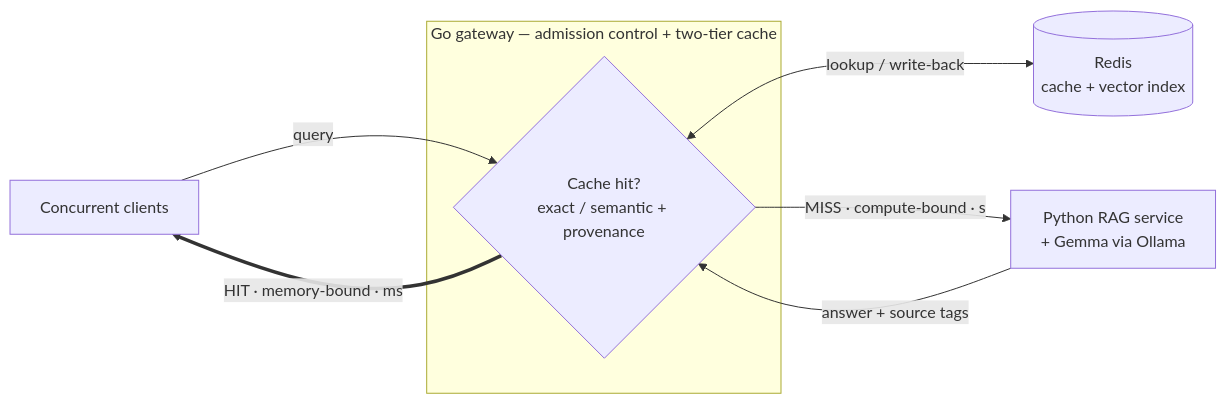
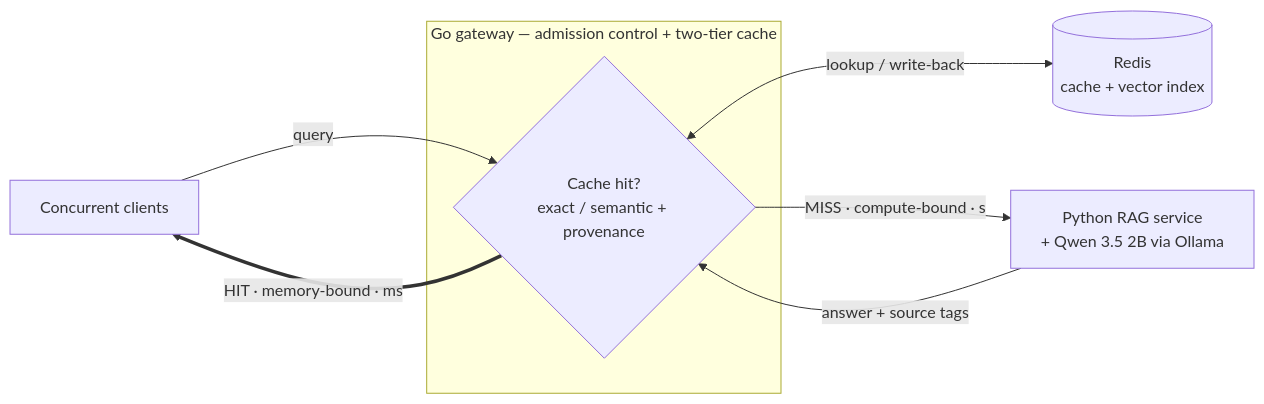
Before and after one commit to hungCS22hcmiu/Scalable-QnA-Product-Specifications-and-Policies: the diagram in README.md, drawn with Mermaid. The commit also changed other lines of this file and 57 other files, not shown here.

````diff
--- a/README.md
+++ b/README.md
@@ -65,15 +67,15 @@
 ```mermaid
 flowchart LR
     C["Concurrent clients"]
     subgraph GW["Go gateway — admission control + two-tier cache"]
         D{"Cache hit?<br/>exact / semantic + provenance"}
     end
     R[("Redis<br/>cache + vector index")]
-    S["Python RAG service<br/>+ Gemma via Ollama"]
+    S["Python RAG service<br/>+ Qwen 3.5 2B via Ollama"]
 
     C -->|query| D
     D <-->|lookup / write-back| R
     D ==>|"HIT · memory-bound · ms"| C
     D -->|"MISS · compute-bound · s"| S
     S -->|"answer + source tags"| D
 ```
````
